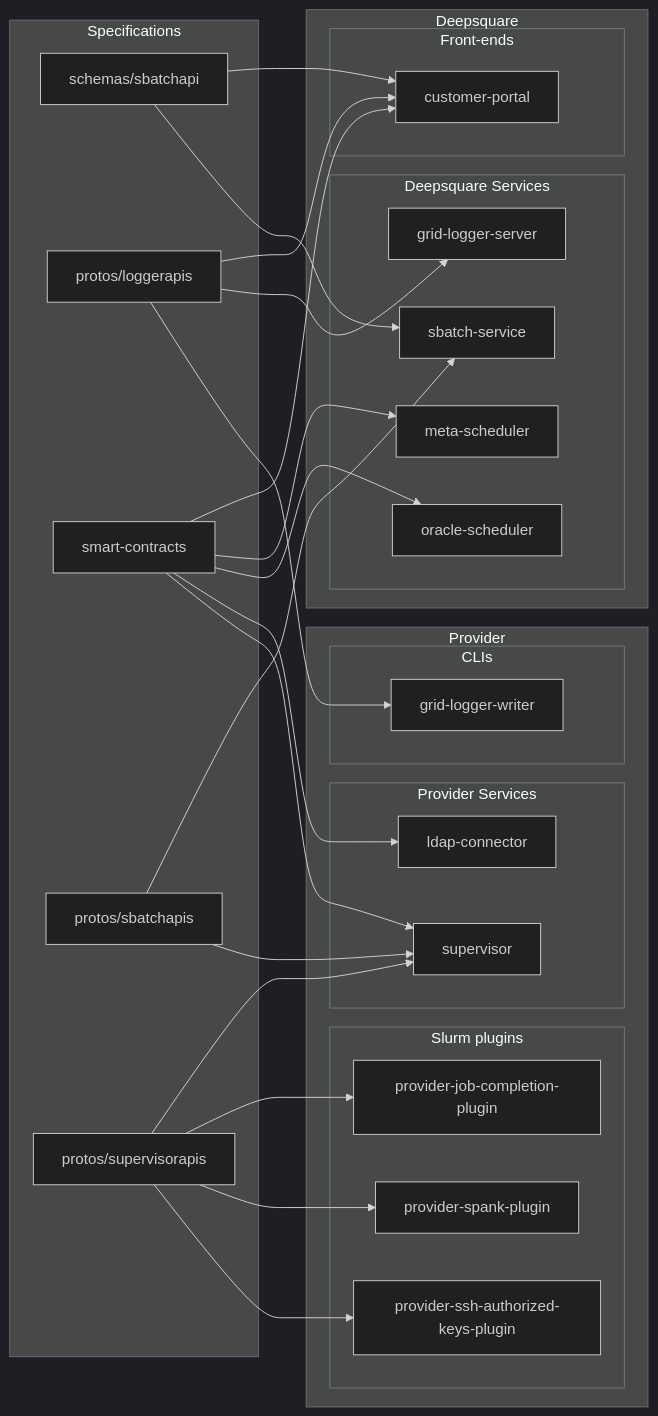
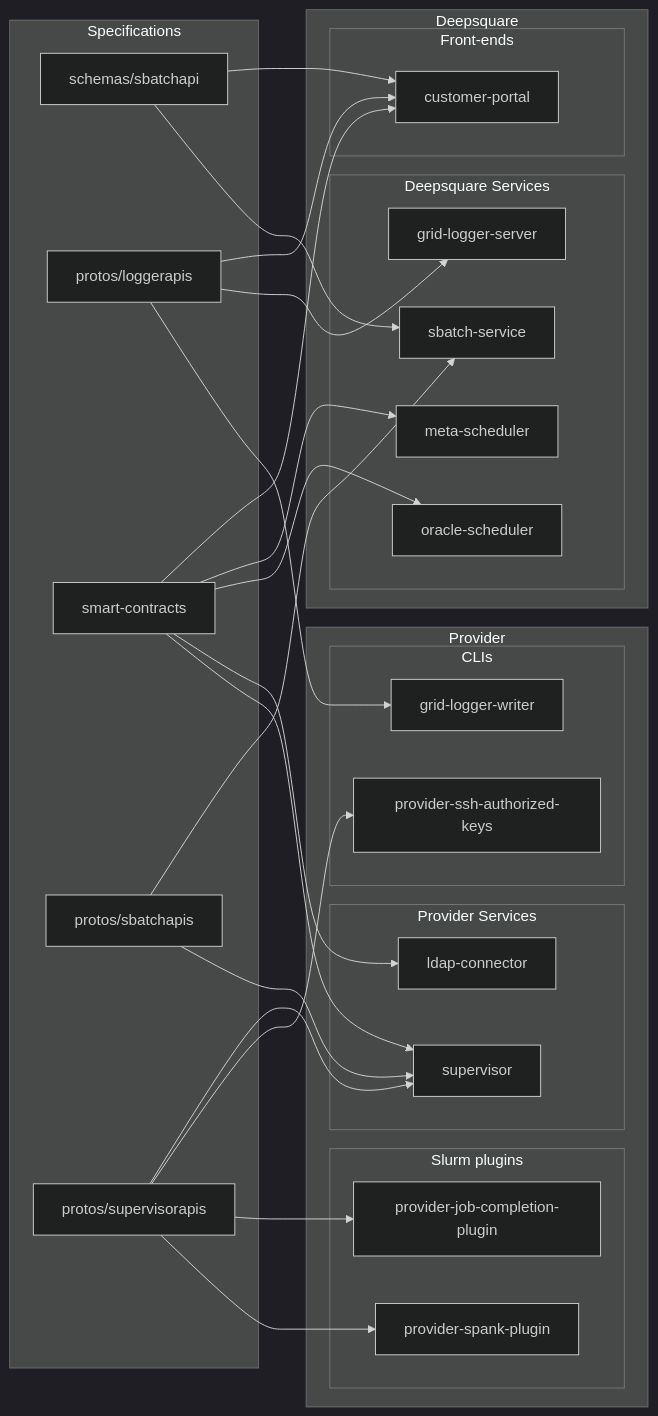
One commit to deepsquare-io/grid changed the diagram in README.md. Above: the diagram before and after it, drawn with Mermaid.

Commit message:
chore(README): renamed provider-ssh-authorized-keys

````diff
--- a/README.md
+++ b/README.md
@@ -7,67 +7,67 @@
 ```mermaid
 %%{
   init: {
     "theme": "dark",
     "logLevel": "info",
     "flowchart": {
       "htmlLabels": true
     }
   }
 }%%
 flowchart LR
   subgraph Specifications
     schemas/sbatchapi
     protos/loggerapis
     smart-contracts
     protos/sbatchapis
     protos/supervisorapis
   end
 
   subgraph Provider
     subgraph Provider Services
       ldap-connector
       supervisor
     end
 
 
     subgraph CLIs
       grid-logger-writer
+      provider-ssh-authorized-keys
     end
 
     subgraph Slurm plugins
       provider-job-completion-plugin
       provider-spank-plugin
-      provider-ssh-authorized-keys-plugin
     end
   end
 
   subgraph Deepsquare
     subgraph Deepsquare Services
       sbatch-service
       grid-logger-server
       meta-scheduler
       oracle-scheduler
     end
 
     subgraph Front-ends
       customer-portal
     end
   end
 
   protos/loggerapis --> customer-portal
   protos/loggerapis --> grid-logger-server
   protos/loggerapis --> grid-logger-writer
   schemas/sbatchapi --> customer-portal
   schemas/sbatchapi --> sbatch-service
   protos/sbatchapis --> sbatch-service
   protos/sbatchapis --> supervisor
   protos/supervisorapis --> supervisor
+  protos/supervisorapis --> provider-ssh-authorized-keys
   protos/supervisorapis --> provider-job-completion-plugin
   protos/supervisorapis --> provider-spank-plugin
-  protos/supervisorapis --> provider-ssh-authorized-keys-plugin
   smart-contracts --> customer-portal
   smart-contracts --> meta-scheduler
   smart-contracts --> oracle-scheduler
   smart-contracts --> ldap-connector
   smart-contracts --> supervisor
 ```
````
